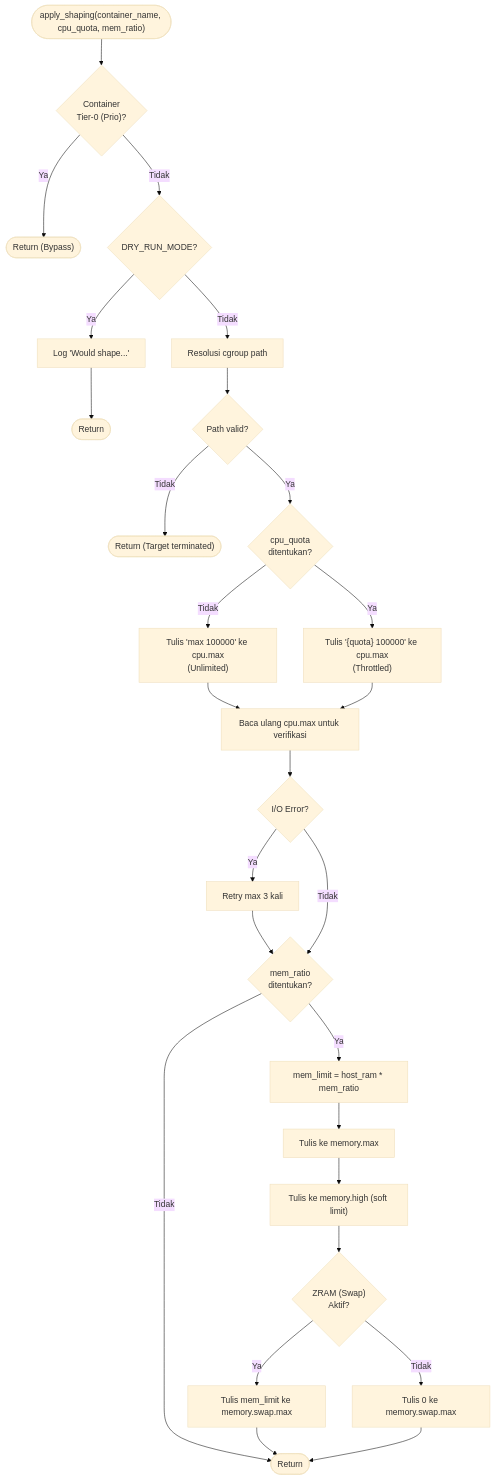
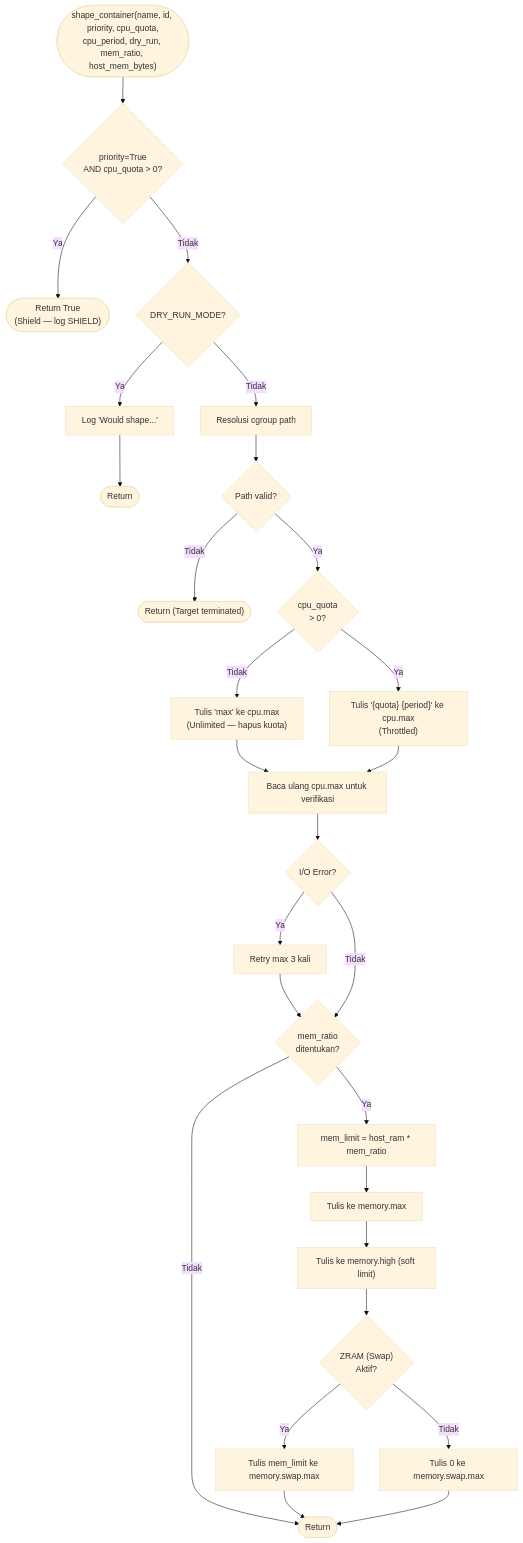
The first of 2 diagrams in architecture-diagrams/layer-4-shaper/01_shaper.md (fauzanreza/green-container-framework), drawn with Mermaid (base theme) before and after one commit. The commit also changed other lines of this file and 81 other files, not shown here.

````diff
--- a/architecture-diagrams/layer-4-shaper/01_shaper.md
+++ b/architecture-diagrams/layer-4-shaper/01_shaper.md
@@ -9,67 +9,67 @@
 ```mermaid
 flowchart TD
-    START(["apply_shaping(container_name, cpu_quota, mem_ratio)"])
+    START(["shape_container(name, id, priority, cpu_quota,<br/>cpu_period, dry_run, mem_ratio, host_mem_bytes)"])
 
-    PRIO{"Container<br/>Tier-0 (Prio)?"}
-    SKIP(["Return (Bypass)"])
+    PRIO{"priority=True<br/>AND cpu_quota > 0?"}
+    SKIP(["Return True<br/>(Shield — log SHIELD)"])
 
     DRY_RUN{"DRY_RUN_MODE?"}
     LOG_ONLY["Log 'Would shape...'"]
     RETURN_DRY(["Return"])
 
     RESOLVE_PATH["Resolusi cgroup path"]
     PATH_FOUND{"Path valid?"}
     ABORT(["Return (Target terminated)"])
 
-    CPU_QUOTA{"cpu_quota<br/>ditentukan?"}
-    WRITE_UNLIMITED["Tulis 'max 100000' ke cpu.max<br/>(Unlimited)"]
-    WRITE_LIMITED["Tulis '{quota} 100000' ke cpu.max<br/>(Throttled)"]
+    CPU_QUOTA{"cpu_quota<br/>> 0?"}
+    WRITE_UNLIMITED["Tulis 'max' ke cpu.max<br/>(Unlimited — hapus kuota)"]
+    WRITE_LIMITED["Tulis '{quota} {period}' ke cpu.max<br/>(Throttled)"]
 
     VERIFY_CPU["Baca ulang cpu.max untuk verifikasi"]
     CPU_ERR{"I/O Error?"}
     RETRY_CPU["Retry max 3 kali"]
 
     MEM_RATIO{"mem_ratio<br/>ditentukan?"}
     RETURN(["Return"])
 
     CALC_MEM["mem_limit = host_ram * mem_ratio"]
     WRITE_MEM["Tulis ke memory.max"]
     WRITE_HIGH["Tulis ke memory.high (soft limit)"]
 
     ZRAM_AVAIL{"ZRAM (Swap)<br/>Aktif?"}
     SWAP_ALLOW["Tulis mem_limit ke memory.swap.max"]
     SWAP_DISABLE["Tulis 0 ke memory.swap.max"]
 
     START --> PRIO
     PRIO -->|Ya| SKIP
     PRIO -->|Tidak| DRY_RUN
     DRY_RUN -->|Ya| LOG_ONLY
     LOG_ONLY --> RETURN_DRY
     DRY_RUN -->|Tidak| RESOLVE_PATH
 
     RESOLVE_PATH --> PATH_FOUND
     PATH_FOUND -->|Tidak| ABORT
     PATH_FOUND -->|Ya| CPU_QUOTA
 
     CPU_QUOTA -->|Tidak| WRITE_UNLIMITED
     CPU_QUOTA -->|Ya| WRITE_LIMITED
     WRITE_UNLIMITED --> VERIFY_CPU
     WRITE_LIMITED --> VERIFY_CPU
 
     VERIFY_CPU --> CPU_ERR
     CPU_ERR -->|Ya| RETRY_CPU
     RETRY_CPU --> MEM_RATIO
     CPU_ERR -->|Tidak| MEM_RATIO
 
     MEM_RATIO -->|Tidak| RETURN
     MEM_RATIO -->|Ya| CALC_MEM
     CALC_MEM --> WRITE_MEM
     WRITE_MEM --> WRITE_HIGH
     WRITE_HIGH --> ZRAM_AVAIL
 
     ZRAM_AVAIL -->|Ya| SWAP_ALLOW
     ZRAM_AVAIL -->|Tidak| SWAP_DISABLE
 
     SWAP_ALLOW --> RETURN
     SWAP_DISABLE --> RETURN
 ```
````
